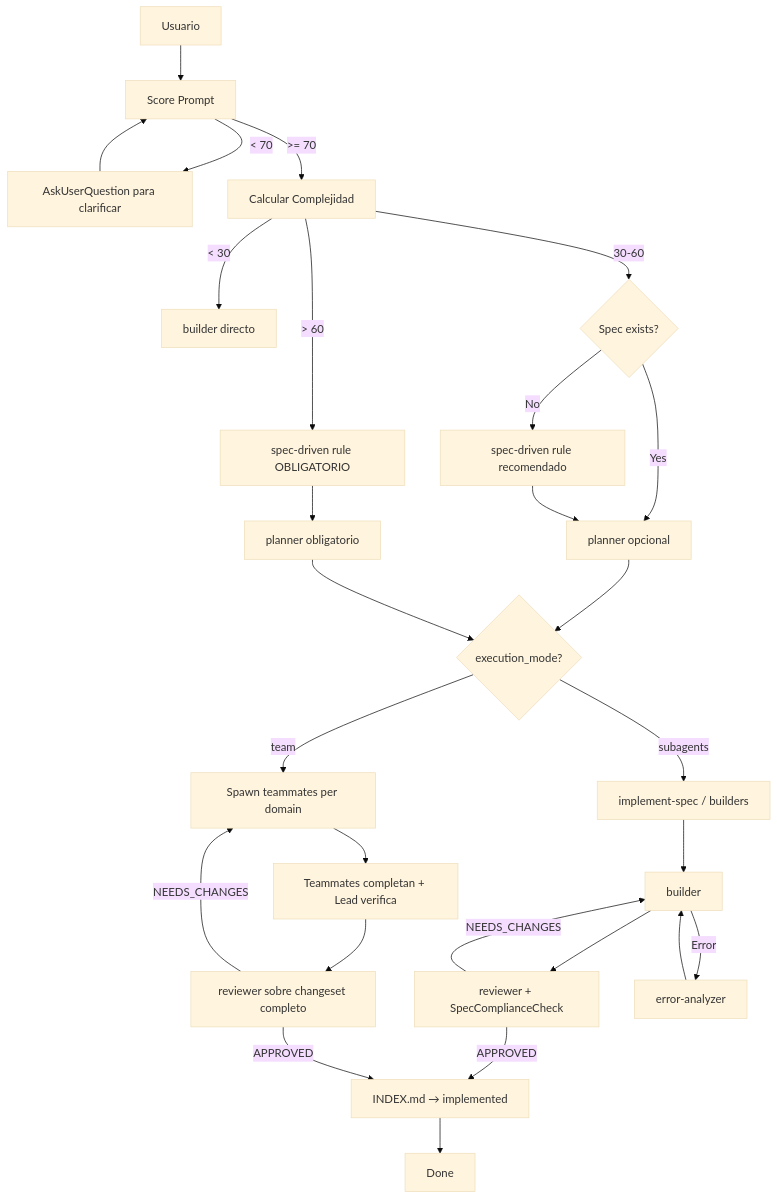
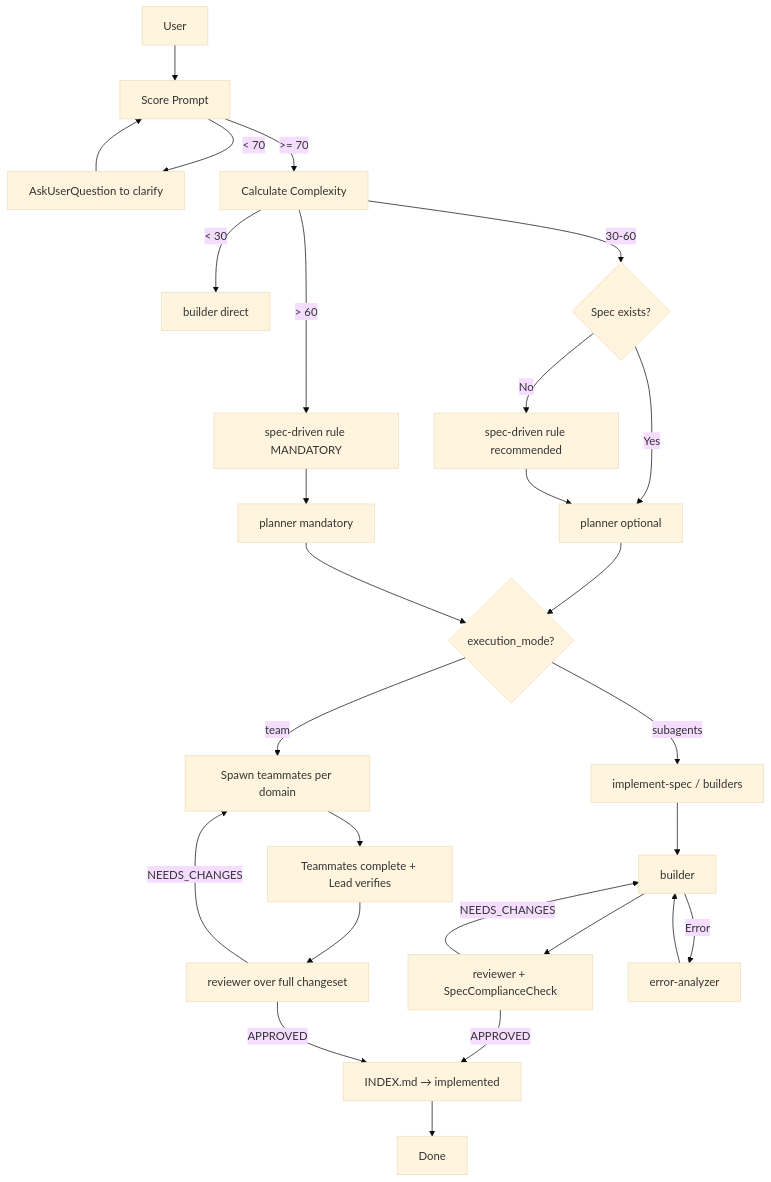
One commit to MaciWP/claude-code-poneglyph changed the first of 3 diagrams in .claude/rules/lead-orchestrator.md. Above: the diagram before and after it, drawn with Mermaid (base theme). The commit also changed other lines of this file and 12 other files, not shown here.

````diff
--- a/.claude/rules/lead-orchestrator.md
+++ b/.claude/rules/lead-orchestrator.md
@@ -31,28 +31,28 @@
 ```mermaid
 graph TD
-    U[Usuario] --> S[Score Prompt]
-    S -->|< 70| AUQ[AskUserQuestion para clarificar]
+    U[User] --> S[Score Prompt]
+    S -->|< 70| AUQ[AskUserQuestion to clarify]
     AUQ --> S
-    S -->|>= 70| C[Calcular Complejidad]
-    C -->|< 30| B[builder directo]
+    S -->|>= 70| C[Calculate Complexity]
+    C -->|< 30| B[builder direct]
     C -->|30-60| SP1{Spec exists?}
-    C -->|> 60| SP2[spec-driven rule OBLIGATORIO]
-    SP1 -->|Yes| P1[planner opcional]
-    SP1 -->|No| SG1[spec-driven rule recomendado]
+    C -->|> 60| SP2[spec-driven rule MANDATORY]
+    SP1 -->|Yes| P1[planner optional]
+    SP1 -->|No| SG1[spec-driven rule recommended]
     SG1 --> P1
-    SP2 --> P2[planner obligatorio]
+    SP2 --> P2[planner mandatory]
     P1 & P2 --> MD{execution_mode?}
     MD -->|subagents| IS[implement-spec / builders]
     MD -->|team| TM[Spawn teammates per domain]
     IS --> B2[builder]
-    TM --> TV[Teammates completan + Lead verifica]
-    TV --> R2[reviewer sobre changeset completo]
+    TM --> TV[Teammates complete + Lead verifies]
+    TV --> R2[reviewer over full changeset]
     B2 --> R[reviewer + SpecComplianceCheck]
     R -->|APPROVED| IX[INDEX.md → implemented]
     R2 -->|APPROVED| IX
     IX --> D[Done]
     R -->|NEEDS_CHANGES| B2
     R2 -->|NEEDS_CHANGES| TM
     B2 -->|Error| EA[error-analyzer]
     EA --> B2
 ```
````
